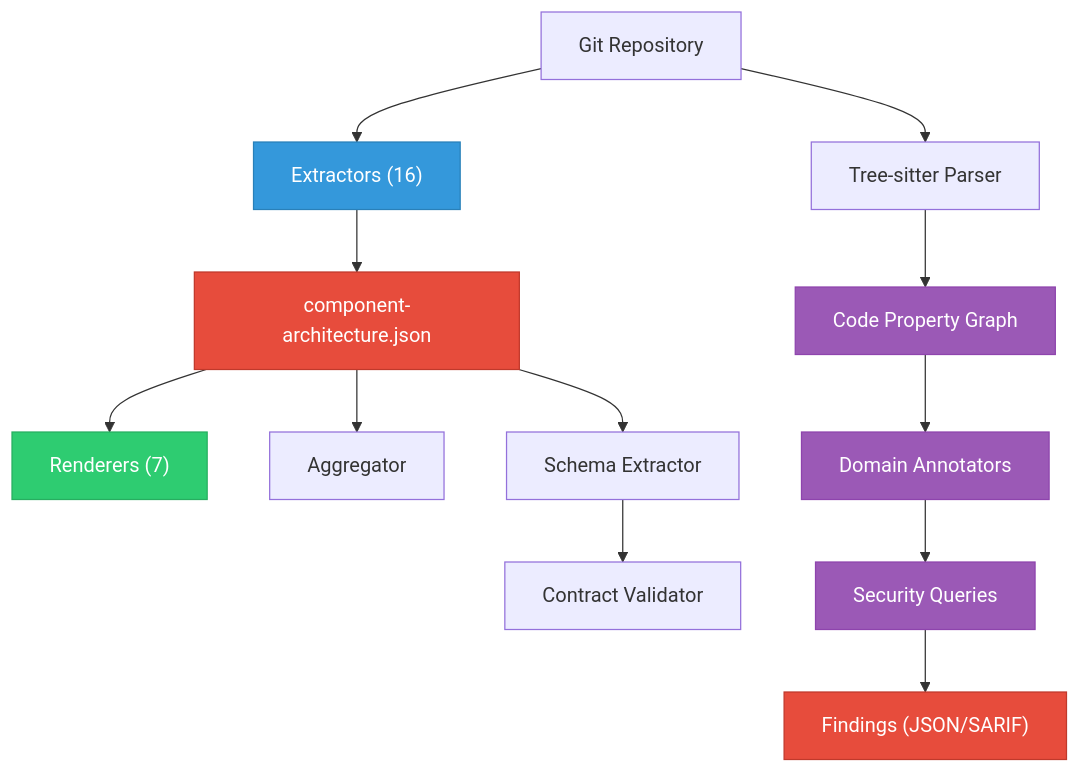
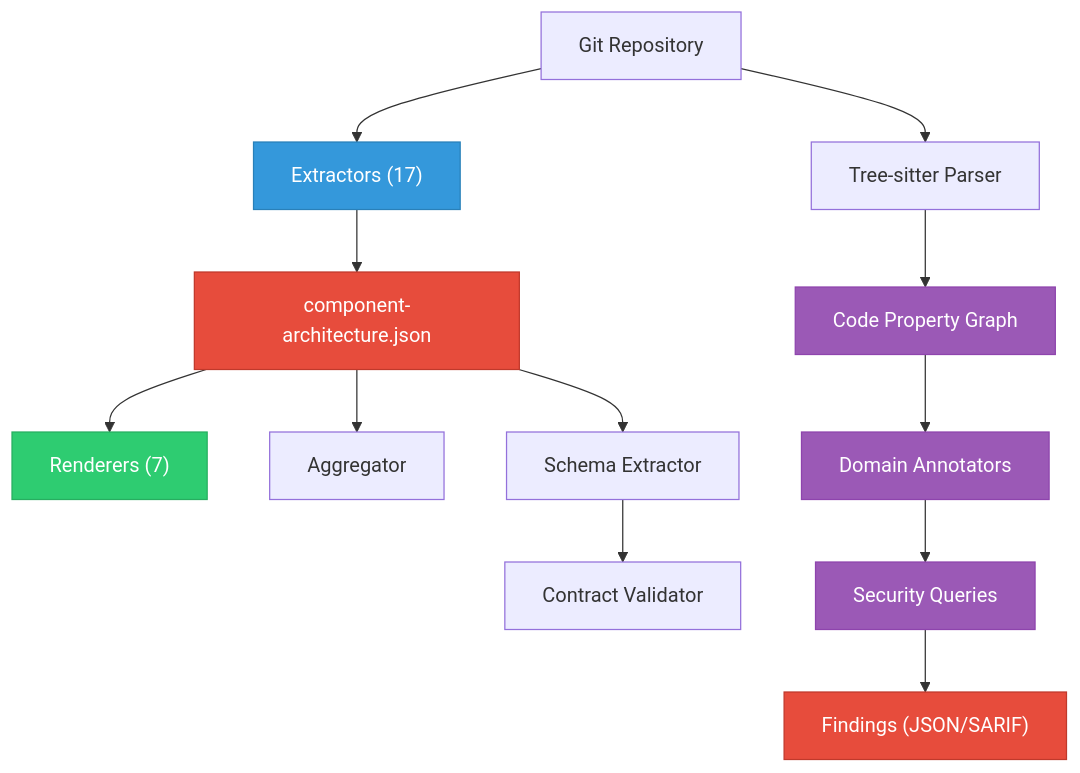
The diagram in site/docs/architecture/overview.md (ugiordan/rhoai-architecture-analyzer), drawn with Mermaid before and after one commit. The commit also changed other lines of this file and 17 other files, not shown here.

````diff
--- a/site/docs/architecture/overview.md
+++ b/site/docs/architecture/overview.md
@@ -7,26 +7,26 @@
 ```mermaid
 flowchart TB
-    REPO["Git Repository"] --> EXTRACT["Extractors (16)"]
+    REPO["Git Repository"] --> EXTRACT["Extractors (17)"]
     EXTRACT --> JSON["component-architecture.json"]
     JSON --> RENDER["Renderers (7)"]
     JSON --> AGG["Aggregator"]
 
     REPO --> PARSE["Tree-sitter Parser"]
     PARSE --> CPG["Code Property Graph"]
     CPG --> ANNOTATE["Domain Annotators"]
     ANNOTATE --> QUERY["Security Queries"]
     QUERY --> FINDINGS["Findings (JSON/SARIF)"]
 
     JSON --> SCHEMA["Schema Extractor"]
     SCHEMA --> VALIDATE["Contract Validator"]
 
     classDef extract fill:#3498db,stroke:#2980b9,color:#fff
     classDef render fill:#2ecc71,stroke:#27ae60,color:#fff
     classDef cpg fill:#9b59b6,stroke:#8e44ad,color:#fff
     classDef data fill:#e74c3c,stroke:#c0392b,color:#fff
 
     class EXTRACT extract
     class RENDER render
     class CPG,ANNOTATE,QUERY cpg
     class JSON,FINDINGS data
 ```
````
